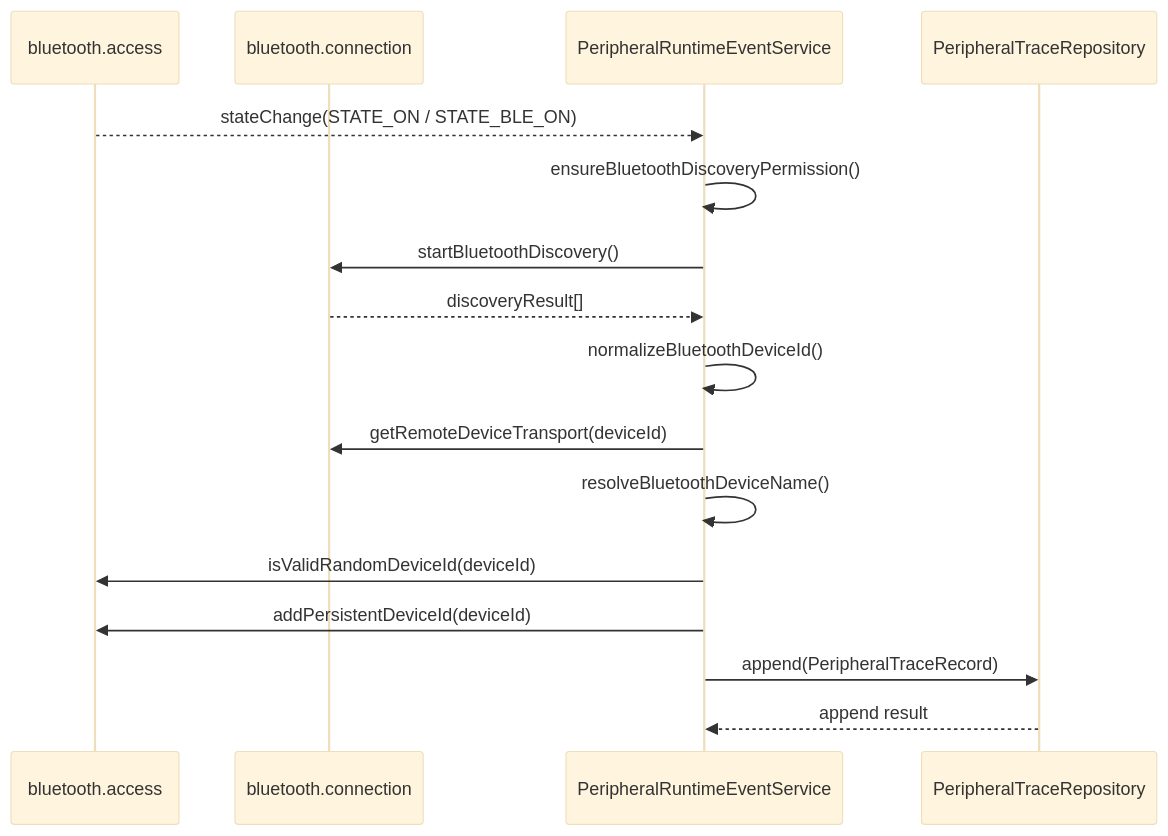
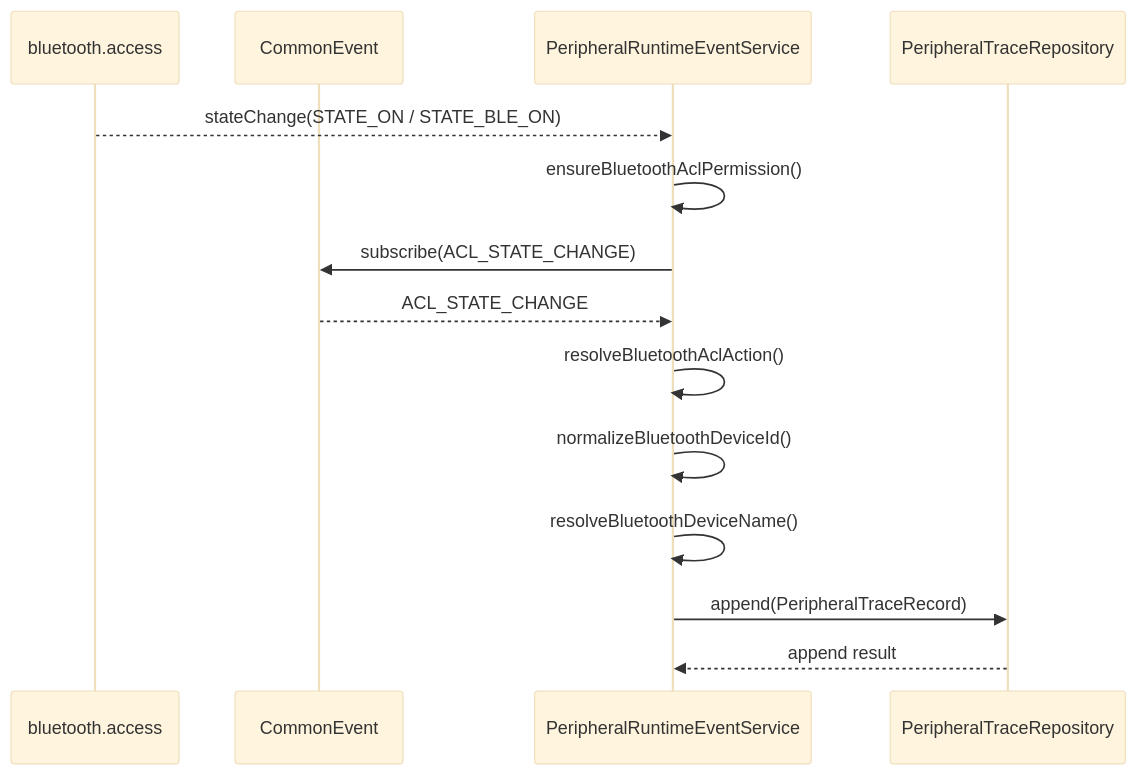
One commit to Deslord319/security_tool changed the fifth of 13 diagrams in docs/03-模块设计/外设管理组件设计说明.md. Above: the diagram before and after it, drawn with Mermaid (base theme). The commit also changed other lines of this file and 7 other files, not shown here.

First line of the commit message:
fix(peripheral-runtime): 改用蓝牙 ACL 连接事件驱动连接记录

````diff
--- a/docs/03-模块设计/外设管理组件设计说明.md
+++ b/docs/03-模块设计/外设管理组件设计说明.md
@@ -420,19 +421,17 @@
 ```mermaid
 sequenceDiagram
   participant Access as bluetooth.access
-  participant Conn as bluetooth.connection
+  participant CE as CommonEvent
   participant Runtime as PeripheralRuntimeEventService
   participant TraceRepo as PeripheralTraceRepository
 
   Access-->>Runtime: stateChange(STATE_ON / STATE_BLE_ON)
-  Runtime->>Runtime: ensureBluetoothDiscoveryPermission()
-  Runtime->>Conn: startBluetoothDiscovery()
-  Conn-->>Runtime: discoveryResult[]
+  Runtime->>Runtime: ensureBluetoothAclPermission()
+  Runtime->>CE: subscribe(ACL_STATE_CHANGE)
+  CE-->>Runtime: ACL_STATE_CHANGE
+  Runtime->>Runtime: resolveBluetoothAclAction()
   Runtime->>Runtime: normalizeBluetoothDeviceId()
-  Runtime->>Conn: getRemoteDeviceTransport(deviceId)
   Runtime->>Runtime: resolveBluetoothDeviceName()
-  Runtime->>Access: isValidRandomDeviceId(deviceId)
-  Runtime->>Access: addPersistentDeviceId(deviceId)
   Runtime->>TraceRepo: append(PeripheralTraceRecord)
   TraceRepo-->>Runtime: append result
 ```
````
